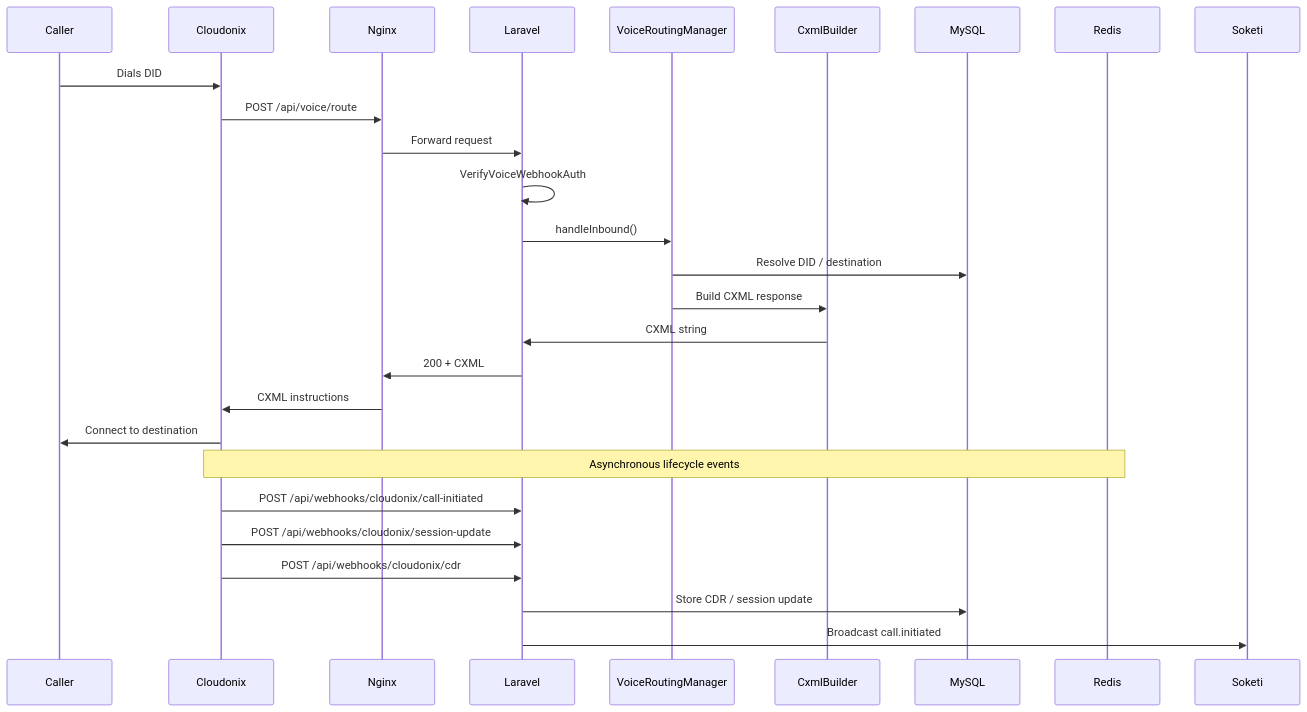
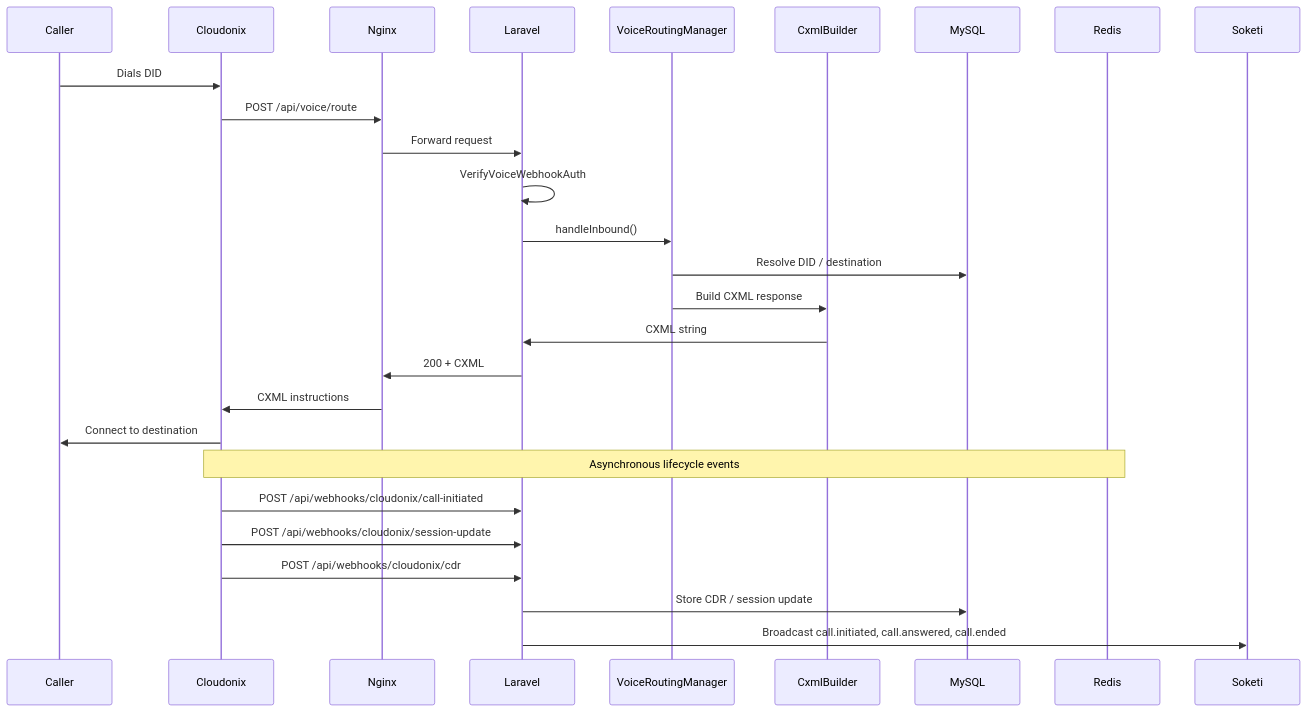
Before and after one commit to greenfieldtech-nirs/opbx: the diagram in docs/opbx-userguide/architecture/call-flow.mdx, drawn with Mermaid. The commit also changed other lines of this file and 14 other files, not shown here.

First line of the commit message:
docs(architecture, data-models): WAF, transfer, ai_call_attempts

````diff
--- a/docs/opbx-userguide/architecture/call-flow.mdx
+++ b/docs/opbx-userguide/architecture/call-flow.mdx
@@ -17,31 +17,31 @@
 ```mermaid
 sequenceDiagram
     participant Caller
     participant Cloudonix
     participant Nginx
     participant Laravel
     participant VoiceRouting as VoiceRoutingManager
     participant CXML as CxmlBuilder
     participant MySQL
     participant Redis
     participant Soketi
 
     Caller->>Cloudonix: Dials DID
     Cloudonix->>Nginx: POST /api/voice/route
     Nginx->>Laravel: Forward request
     Laravel->>Laravel: VerifyVoiceWebhookAuth
     Laravel->>VoiceRouting: handleInbound()
     VoiceRouting->>MySQL: Resolve DID / destination
     VoiceRouting->>CXML: Build CXML response
     CXML->>Laravel: CXML string
     Laravel->>Nginx: 200 + CXML
     Nginx->>Cloudonix: CXML instructions
     Cloudonix->>Caller: Connect to destination
 
     Note over Cloudonix,Redis: Asynchronous lifecycle events
     Cloudonix->>Laravel: POST /api/webhooks/cloudonix/call-initiated
     Cloudonix->>Laravel: POST /api/webhooks/cloudonix/session-update
     Cloudonix->>Laravel: POST /api/webhooks/cloudonix/cdr
     Laravel->>MySQL: Store CDR / session update
-    Laravel->>Soketi: Broadcast call.initiated
+    Laravel->>Soketi: Broadcast call.initiated, call.answered, call.ended
 ```
````
